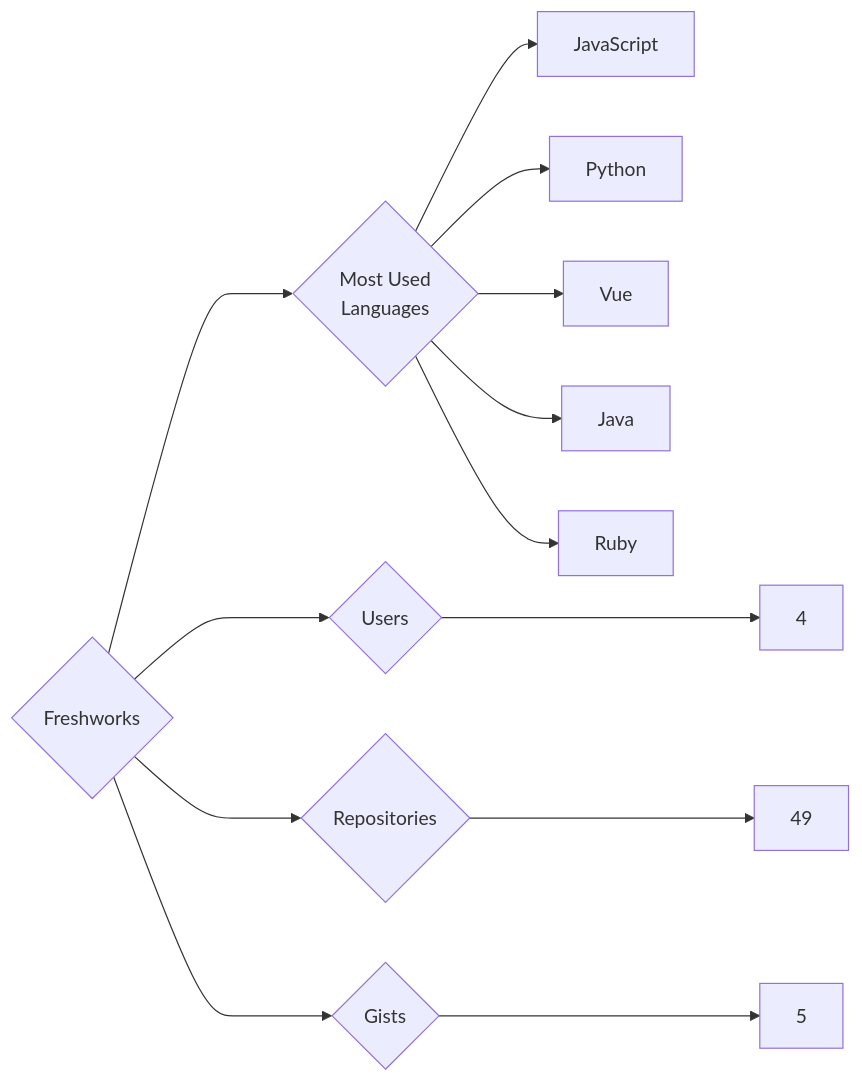
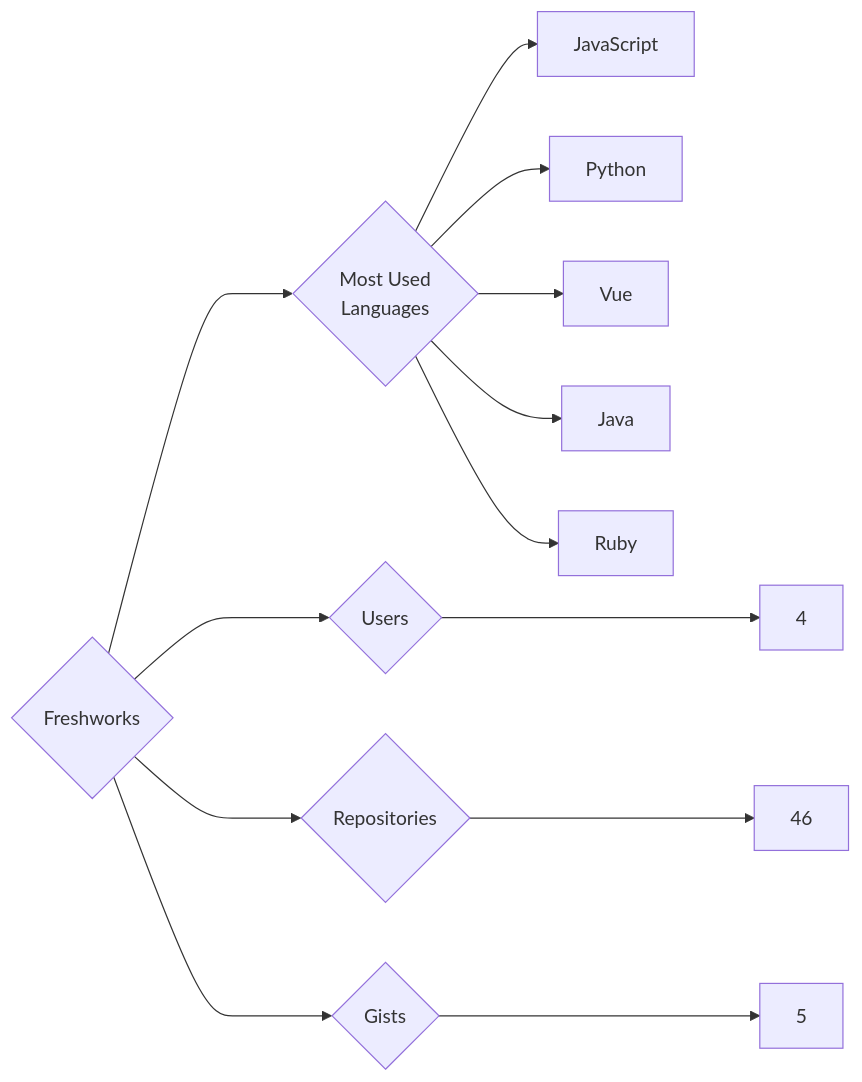
The diagram in targets/Freshworks/README.md (trickest/insiders), drawn with Mermaid before and after one commit. The commit also changed 1167 other files, not shown here.

````diff
--- a/targets/Freshworks/README.md
+++ b/targets/Freshworks/README.md
@@ -3,13 +3,13 @@
 ```mermaid
 graph LR
 COMPANY_NAME{Freshworks}
 COMPANY_NAME ---> U{Users} ---> UN[4]
-COMPANY_NAME ---> R{Repositories} ---> RN[49]
+COMPANY_NAME ---> R{Repositories} ---> RN[46]
 COMPANY_NAME ---> G{Gists} ---> GN[5]
 COMPANY_NAME ---> ML{Most Used<br>Languages}
 ML --> JavaScript[JavaScript]
 ML --> Python[Python]
 ML --> Vue[Vue]
 ML --> Java[Java]
 ML --> Ruby[Ruby]
 ```
````
